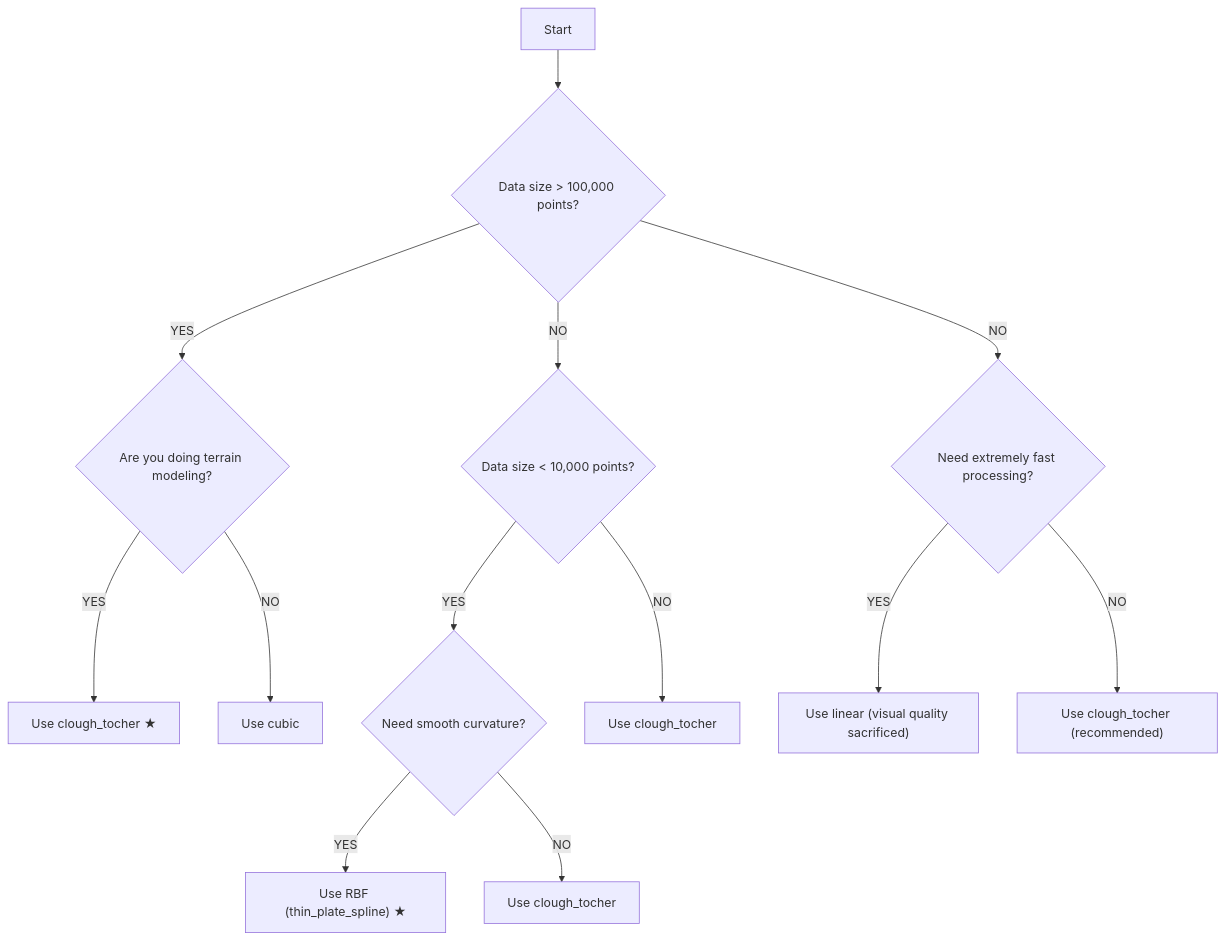
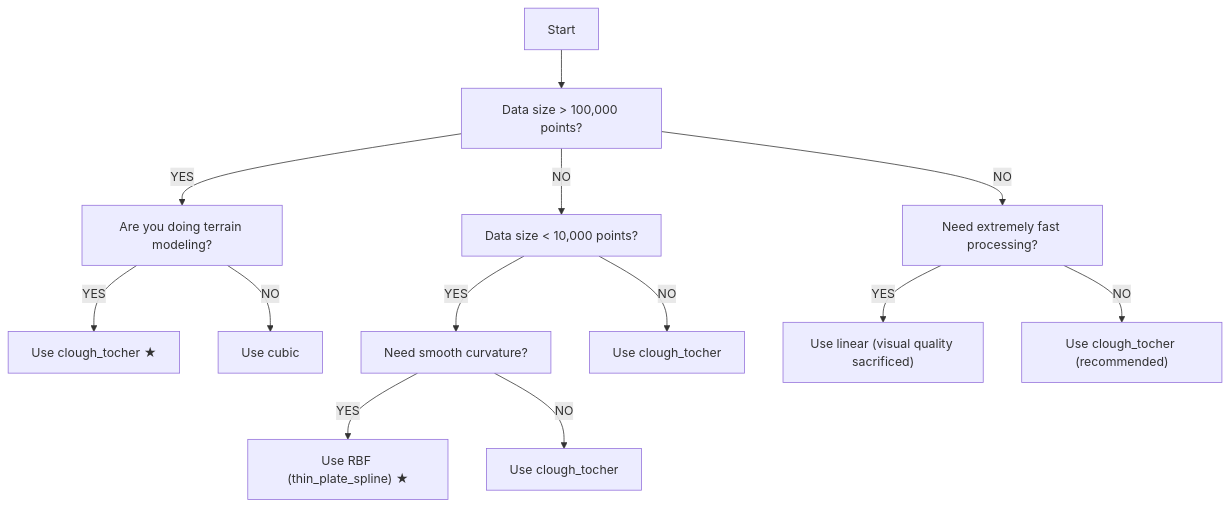
The diagram in StitchGrids/Continuity.md (Dai411/Parker-Oldenburg-Moho-Inversion), drawn with Mermaid before and after one commit.

````diff
--- a/StitchGrids/Continuity.md
+++ b/StitchGrids/Continuity.md
@@ -284,19 +284,19 @@
 ```mermaid
 flowchart TD
-    A[Start] --> B{"Data size > 100,000 points?"}
+    A["Start"] --> B["Data size > 100,000 points?"]
     
-    B -->|YES| C{"Are you doing terrain modeling?"}
+    B -->|YES| C["Are you doing terrain modeling?"]
     C -->|YES| D["Use clough_tocher ★"]
     C -->|NO| E["Use cubic"]
     
-    B -->|NO| F{"Data size < 10,000 points?"}
-    F -->|YES| G{"Need smooth curvature?"}
+    B -->|NO| F["Data size < 10,000 points?"]
+    F -->|YES| G["Need smooth curvature?"]
     G -->|YES| H["Use RBF (thin_plate_spline) ★"]
     G -->|NO| I["Use clough_tocher"]
     
     F -->|NO| J["Use clough_tocher"]
     
-    B -->|NO| K{"Need extremely fast processing?"}
+    B -->|NO| K["Need extremely fast processing?"]
     K -->|YES| L["Use linear (visual quality sacrificed)"]
     K -->|NO| M["Use clough_tocher (recommended)"]
 ```
````
